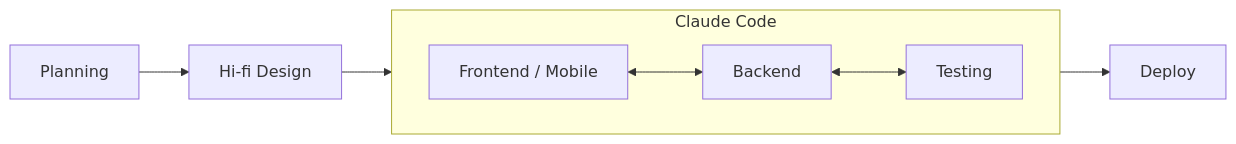
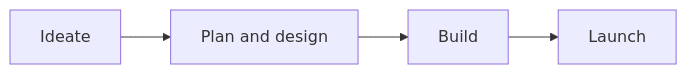
The diagram in README.md (dharmayudistira/dotclaude), drawn with Mermaid before and after one commit. The commit also changed other lines of this file, not shown here.

````diff
--- a/README.md
+++ b/README.md
@@ -32,13 +32,4 @@
 ```mermaid
 flowchart LR
-    A[Planning] --> B[Hi-fi Design]
-
-    subgraph CC [Claude Code]
-        direction LR
-        C[Frontend / Mobile] <--> D[Backend]
-        D <--> E[Testing]
-    end
-
-    B --> C
-    E --> F[Deploy]
+    A[Ideate] --> B[Plan and design] --> C[Build] --> D[Launch]
 ```
````
